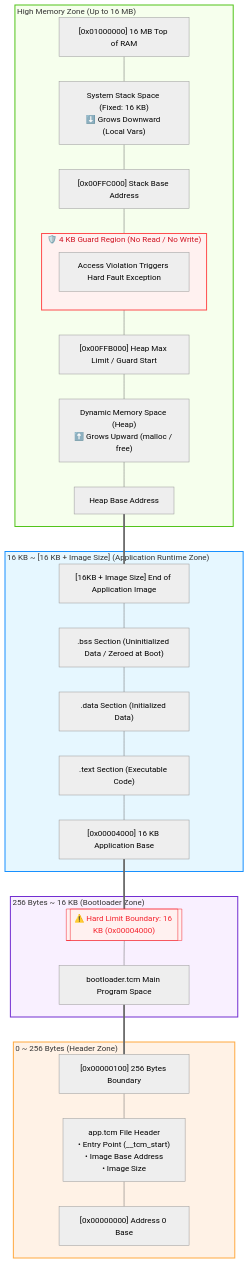
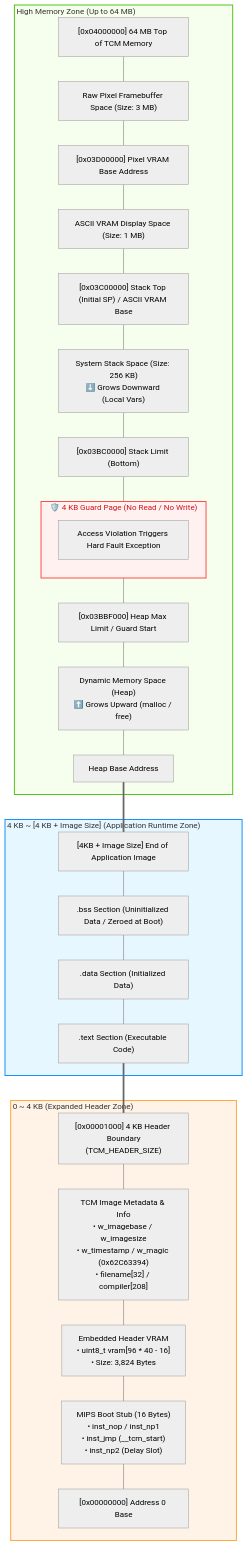
One commit to zhangjiantao/tcmips changed the diagram in docs/System_Memory_Layout.md. Above: the diagram before and after it, drawn with Mermaid. The commit also changed 733 other files, not shown here.

````diff
--- a/docs/System_Memory_Layout.md
+++ b/docs/System_Memory_Layout.md
@@ -1,44 +1,45 @@
 ```mermaid
 %%{init: {'theme': 'neutral'}}%%
 flowchart BT
 
-    subgraph Section1 ["0 ~ 256 Bytes (Header Zone) &nbsp;&nbsp;&nbsp;&nbsp;&nbsp;&nbsp;&nbsp;&nbsp;&nbsp;&nbsp;&nbsp;&nbsp;&nbsp;&nbsp;&nbsp;&nbsp;&nbsp;&nbsp;&nbsp;&nbsp;&nbsp;&nbsp;&nbsp;&nbsp;&nbsp;&nbsp;&nbsp;&nbsp;&nbsp;&nbsp;&nbsp;&nbsp;&nbsp;&nbsp;&nbsp;&nbsp;&nbsp;&nbsp;&nbsp;&nbsp;&nbsp;&nbsp;&nbsp;&nbsp;&nbsp;&nbsp;&nbsp;&nbsp;&nbsp;&nbsp;&nbsp;&nbsp;&nbsp;&nbsp;&nbsp;&nbsp;&nbsp;"]
-        Addr0["[0x00000000] Address 0 Base"] --- Fields["app.tcm File Header<br>• Entry Point (__tcm_start)<br>• Image Base Address<br>• Image Size"]
-        Fields --- Addr256["[0x00000100] 256 Bytes Boundary"]
+    subgraph Section1 ["0 ~ 4 KB (Expanded Header Zone) &nbsp;&nbsp;&nbsp;&nbsp;&nbsp;&nbsp;&nbsp;&nbsp;&nbsp;&nbsp;&nbsp;&nbsp;&nbsp;&nbsp;&nbsp;&nbsp;&nbsp;&nbsp;&nbsp;&nbsp;&nbsp;&nbsp;&nbsp;&nbsp;&nbsp;&nbsp;&nbsp;&nbsp;&nbsp;&nbsp;&nbsp;&nbsp;&nbsp;&nbsp;&nbsp;&nbsp;&nbsp;&nbsp;&nbsp;&nbsp;&nbsp;&nbsp;&nbsp;&nbsp;&nbsp;&nbsp;&nbsp;&nbsp;&nbsp;&nbsp;"]
+        Addr0["[0x00000000] Address 0 Base"] --- MIPS_Stub["MIPS Boot Stub (16 Bytes)<br>• inst_nop / inst_np1<br>• inst_jmp (__tcm_start)<br>• inst_np2 (Delay Slot)"]
+        MIPS_Stub --- Header_VRAM["Embedded Header VRAM<br>• uint8_t vram[96 * 40 - 16]<br>• Size: 3,824 Bytes"]
+        Header_VRAM --- Meta_Fields["TCM Image Metadata & Info<br>• w_imagebase / w_imagesize<br>• w_timestamp / w_magic (0x62C63394)<br>• filename[32] / compiler[208]"]
+        Meta_Fields --- Addr4K["[0x00001000] 4 KB Header Boundary<br>(TCM_HEADER_SIZE)"]
     end
 
-    subgraph Section2 ["256 Bytes ~ 16 KB (Bootloader Zone) &nbsp;&nbsp;&nbsp;&nbsp;&nbsp;&nbsp;&nbsp;&nbsp;&nbsp;&nbsp;&nbsp;&nbsp;&nbsp;&nbsp;&nbsp;&nbsp;&nbsp;&nbsp;&nbsp;&nbsp;&nbsp;&nbsp;&nbsp;&nbsp;&nbsp;&nbsp;&nbsp;&nbsp;&nbsp;&nbsp;&nbsp;&nbsp;&nbsp;&nbsp;&nbsp;&nbsp;&nbsp;&nbsp;&nbsp;&nbsp;&nbsp;&nbsp;&nbsp;&nbsp;&nbsp;"]
-        BL_Space["bootloader.tcm Main Program Space"] --- LimitLine[["⚠️ Hard Limit Boundary: 16 KB (0x00004000)"]]
+    subgraph Section3 ["4 KB ~ [4 KB + Image Size] (Application Runtime Zone) &nbsp;&nbsp;&nbsp;&nbsp;&nbsp;&nbsp;&nbsp;&nbsp;&nbsp;&nbsp;&nbsp;&nbsp;&nbsp;&nbsp;&nbsp;&nbsp;&nbsp;&nbsp;&nbsp;"]
+        TEXT[".text Section (Executable Code)"]
+        TEXT --- DATA[".data Section (Initialized Data)"]
+        DATA --- BSS[".bss Section (Uninitialized Data / Zeroed at Boot)"]
+        BSS --- AddrAppEnd["[4KB + Image Size] End of Application Image"]
     end
 
-    subgraph Section3 ["16 KB ~ [16 KB + Image Size] (Application Runtime Zone) &nbsp;&nbsp;&nbsp;&nbsp;&nbsp;&nbsp;&nbsp;&nbsp;&nbsp;&nbsp;&nbsp;&nbsp;&nbsp;&nbsp;&nbsp;"]
-        Addr16K["[0x00004000] 16 KB Application Base"] --- TEXT[".text Section (Executable Code)"]
-        TEXT --- DATA[".data Section (Initialized Data)"]
-        DATA --- BSS[".bss Section (Uninitialized Data / Zeroed at Boot)"]
-        BSS --- AddrAppEnd["[16KB + Image Size] End of Application Image"]
-    end
+    subgraph Section4 ["High Memory Zone (Up to 64 MB) &nbsp;&nbsp;&nbsp;&nbsp;&nbsp;&nbsp;&nbsp;&nbsp;&nbsp;&nbsp;&nbsp;&nbsp;&nbsp;&nbsp;&nbsp;&nbsp;&nbsp;&nbsp;&nbsp;&nbsp;&nbsp;&nbsp;&nbsp;&nbsp;&nbsp;&nbsp;&nbsp;&nbsp;&nbsp;&nbsp;&nbsp;&nbsp;&nbsp;&nbsp;&nbsp;&nbsp;&nbsp;&nbsp;&nbsp;&nbsp;&nbsp;&nbsp;&nbsp;&nbsp;&nbsp;&nbsp;&nbsp;"]
+        AddrHeapStart["Heap Base Address"] --- HeapZone["Dynamic Memory Space (Heap)<br>⬆️ Grows Upward (malloc / free)"]
+        HeapZone --- AddrGuardStart["[0x03BBF000] Heap Max Limit / Guard Start"]
 
-    subgraph Section4 ["High Memory Zone (Up to 16 MB) &nbsp;&nbsp;&nbsp;&nbsp;&nbsp;&nbsp;&nbsp;&nbsp;&nbsp;&nbsp;&nbsp;&nbsp;&nbsp;&nbsp;&nbsp;&nbsp;&nbsp;&nbsp;&nbsp;&nbsp;&nbsp;&nbsp;&nbsp;&nbsp;&nbsp;&nbsp;&nbsp;&nbsp;&nbsp;&nbsp;&nbsp;&nbsp;&nbsp;&nbsp;&nbsp;&nbsp;&nbsp;&nbsp;&nbsp;&nbsp;&nbsp;&nbsp;&nbsp;&nbsp;&nbsp;&nbsp;&nbsp;"]
-        AddrHeapStart["Heap Base Address"] --- HeapZone["Dynamic Memory Space (Heap)<br>⬆️ Grows Upward (malloc / free)"]
-        HeapZone --- AddrGuardStart["[0x00FFB000] Heap Max Limit / Guard Start"]
-
-        subgraph GuardZone ["🛡️ 4 KB Guard Region (No Read / No Write)"]
+        subgraph GuardZone ["🛡️ 4 KB Guard Page (No Read / No Write)"]
             GuardBody["Access Violation Triggers Hard Fault Exception"]
         end
 
-        AddrGuardStart --- GuardZone --- AddrStackStart["[0x00FFC000] Stack Base Address"]
-        AddrStackStart --- StackZone["System Stack Space (Fixed: 16 KB)<br>⬇️ Grows Downward (Local Vars)"]
-        StackZone --- Addr16M["[0x01000000] 16 MB Top of RAM"]
+        AddrGuardStart --- GuardZone --- AddrStackLimit["[0x03BC0000] Stack Limit (Bottom)"]
+        AddrStackLimit --- StackZone["System Stack Space (Size: 256 KB)<br>⬇️ Grows Downward (Local Vars)"]
+        StackZone --- AddrStackTop["[0x03C00000] Stack Top (Initial SP) / ASCII VRAM Base"]
+
+        AddrStackTop --- VRAM_ASCII["ASCII VRAM Display Space (Size: 1 MB)"]
+        VRAM_ASCII --- AddrVRAMPixel["[0x03D00000] Pixel VRAM Base Address"]
+        AddrVRAMPixel --- VRAM_Pixel["Raw Pixel Framebuffer Space (Size: 3 MB)"]
+        VRAM_Pixel --- Addr64M["[0x04000000] 64 MB Top of TCM Memory"]
     end
 
-    Addr256 === BL_Space
-    LimitLine === Addr16K
+    Addr4K === TEXT
     AddrAppEnd === AddrHeapStart
 
     style Section1 fill:#fff2e6,stroke:#ffa940,stroke-width:2px,color:#333
-    style Section2 fill:#f9f0ff,stroke:#722ed1,stroke-width:2px,color:#333
     style Section3 fill:#e6f7ff,stroke:#1890ff,stroke-width:2px,color:#333
     style Section4 fill:#f6ffed,stroke:#52c41a,stroke-width:2px,color:#333
     style GuardZone fill:#fff1f0,stroke:#ff4d4f,stroke-width:2px,color:#cf1322
-    style LimitLine fill:#fff1f0,stroke:#f5222d,color:#f5222d
+
 ```
````
